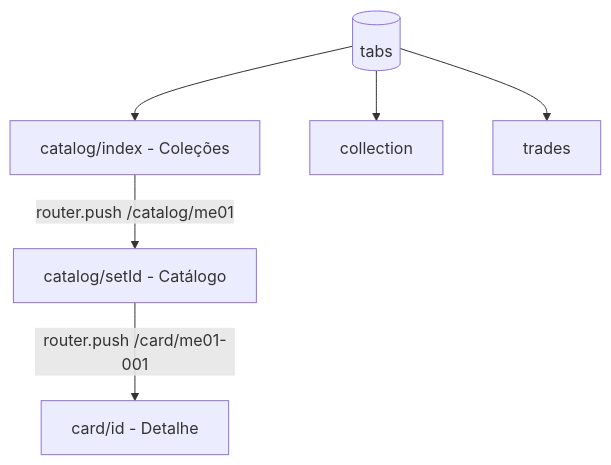
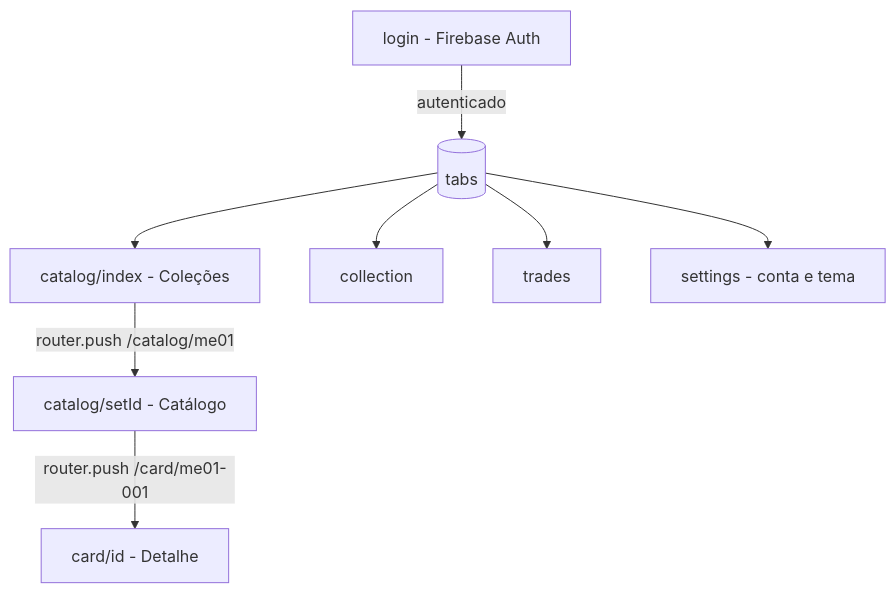
One commit to thiagonunes11/pokemon-trade-center changed the first of 2 diagrams in AGENTS.md. Above: the diagram before and after it, drawn with Mermaid. The commit also changed other lines of this file and 4 other files, not shown here.

````diff
--- a/AGENTS.md
+++ b/AGENTS.md
@@ -118,15 +119,19 @@
 ```mermaid
 flowchart TD
+  Login[login - Firebase Auth]
   Tabs[(tabs)]
   Pick[catalog/index - Coleções]
   Grid[catalog/setId - Catálogo]
   Detail[card/id - Detalhe]
   Coll[collection]
   Trades[trades]
+  Settings[settings - conta e tema]
 
+  Login -->|autenticado| Tabs
   Tabs --> Pick
   Pick -->|router.push /catalog/me01| Grid
   Grid -->|router.push /card/me01-001| Detail
   Tabs --> Coll
   Tabs --> Trades
+  Tabs --> Settings
 ```
````
